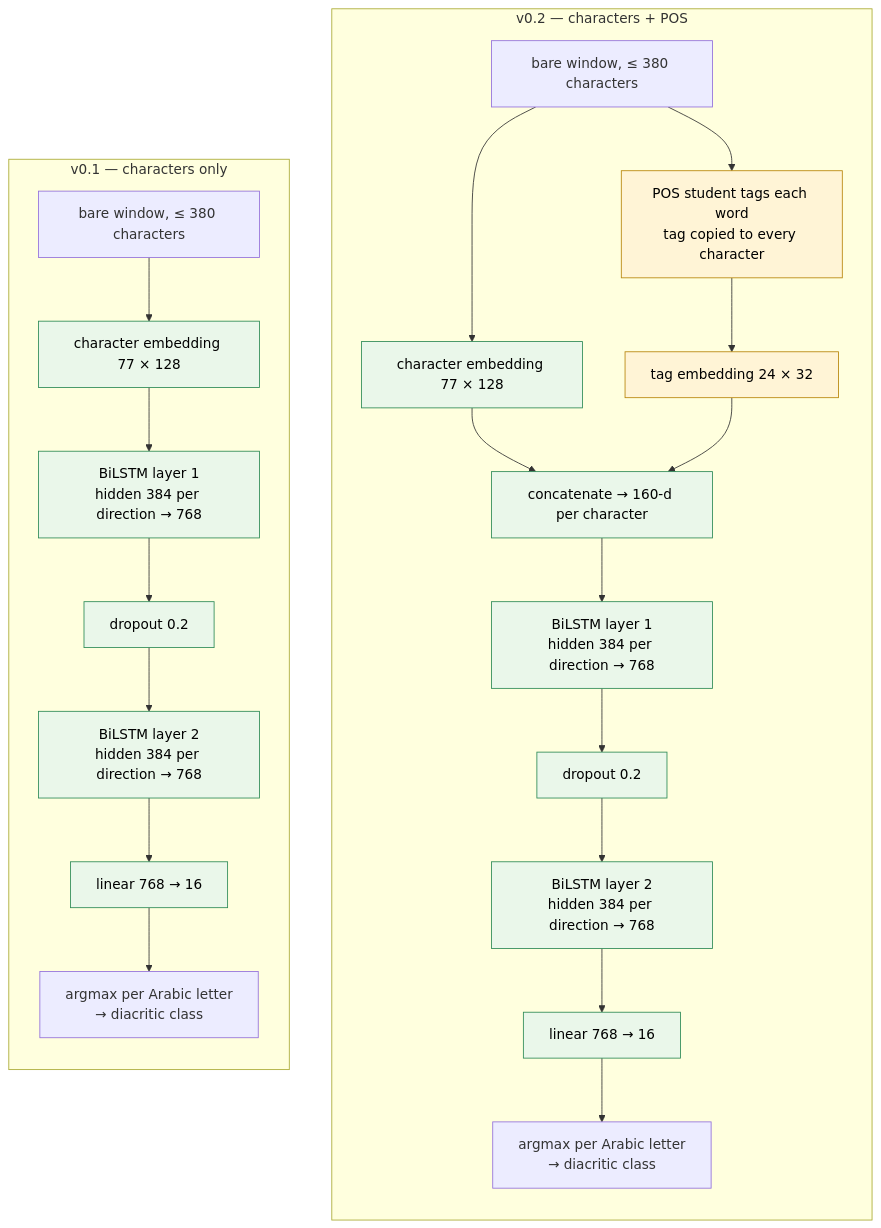
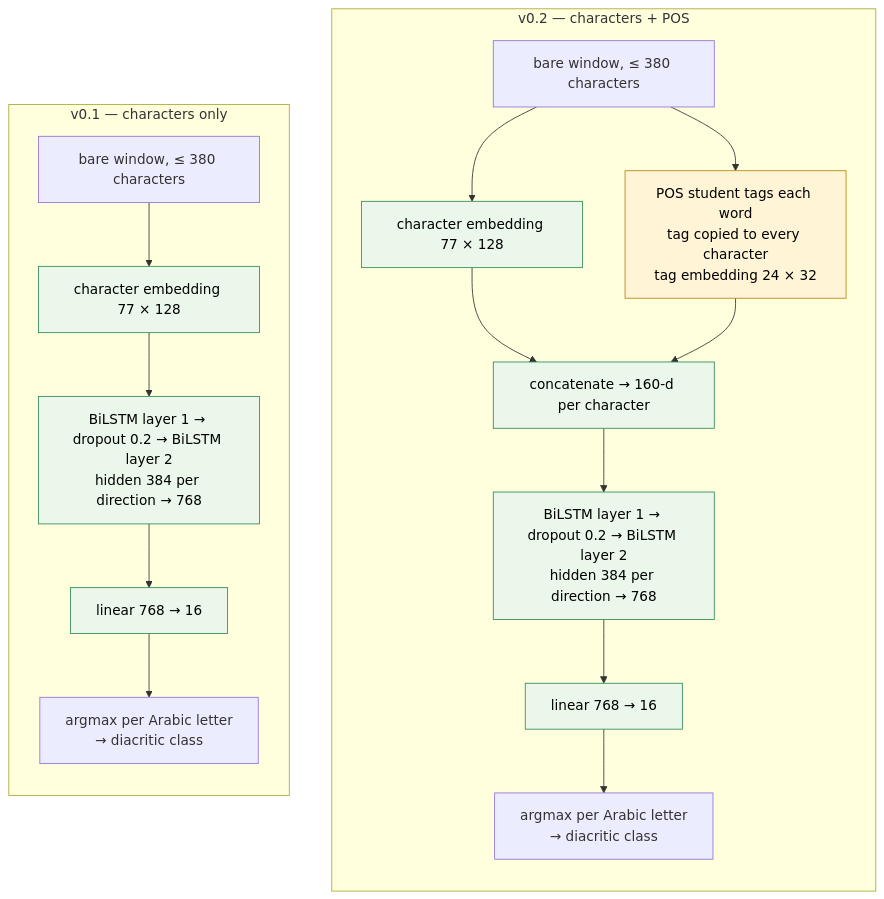
The fifth of 14 diagrams in docs/PAPER.md (mohammadkhair7/khair-arabic-models), drawn with Mermaid before and after one commit. The commit also changed other lines of this file and 9 other files, not shown here.

First line of the commit message:
webapp: name POS and structure tags in English or Arabic

````diff
--- a/docs/PAPER.md
+++ b/docs/PAPER.md
@@ -647,30 +647,25 @@
 ```mermaid
 flowchart LR
     subgraph V1["v0.1 — characters only"]
         direction TB
         A0["bare window, ≤ 380 characters"] --> A1["character embedding 77 × 128"]
-        A1 --> A2["BiLSTM layer 1<br/>hidden 384 per direction → 768"]
-        A2 --> A3["dropout 0.2"]
-        A3 --> A4["BiLSTM layer 2<br/>hidden 384 per direction → 768"]
-        A4 --> A5["linear 768 → 16"]
+        A1 --> A2["BiLSTM layer 1 → dropout 0.2 → BiLSTM layer 2<br/>hidden 384 per direction → 768"]
+        A2 --> A5["linear 768 → 16"]
         A5 --> A6["argmax per Arabic letter<br/>→ diacritic class"]
     end
     subgraph V2["v0.2 — characters + POS"]
         direction TB
-        B0["bare window, ≤ 380 characters"] --> B1["character embedding 77 × 128"]
-        B0 --> B2["POS student tags each word<br/>tag copied to every character"]
-        B2 --> B3["tag embedding 24 × 32"]
+        B0["bare window, ≤ 380 characters"] -->         B1["character embedding 77 × 128"]
+        B0 --> B2["POS student tags each word<br/>tag copied to every character<br/>tag embedding 24 × 32"]
         B1 --> B4["concatenate → 160-d per character"]
-        B3 --> B4
-        B4 --> B5["BiLSTM layer 1<br/>hidden 384 per direction → 768"]
-        B5 --> B6["dropout 0.2"]
-        B6 --> B7["BiLSTM layer 2<br/>hidden 384 per direction → 768"]
-        B7 --> B8["linear 768 → 16"]
+        B2 --> B4
+        B4 --> B5["BiLSTM layer 1 → dropout 0.2 → BiLSTM layer 2<br/>hidden 384 per direction → 768"]
+        B5 --> B8["linear 768 → 16"]
         B8 --> B9["argmax per Arabic letter<br/>→ diacritic class"]
     end
     V1 ~~~ V2
     classDef model fill:#eaf7ea,stroke:#2e8b57,color:#000
     classDef feat fill:#fff4d6,stroke:#b8860b,color:#000
-    class A1,A2,A3,A4,A5,B1,B4,B5,B6,B7,B8 model
-    class B2,B3 feat
+    class A1,A2,A5,B1,B4,B5,B8 model
+    class B2 feat
 ```
````
